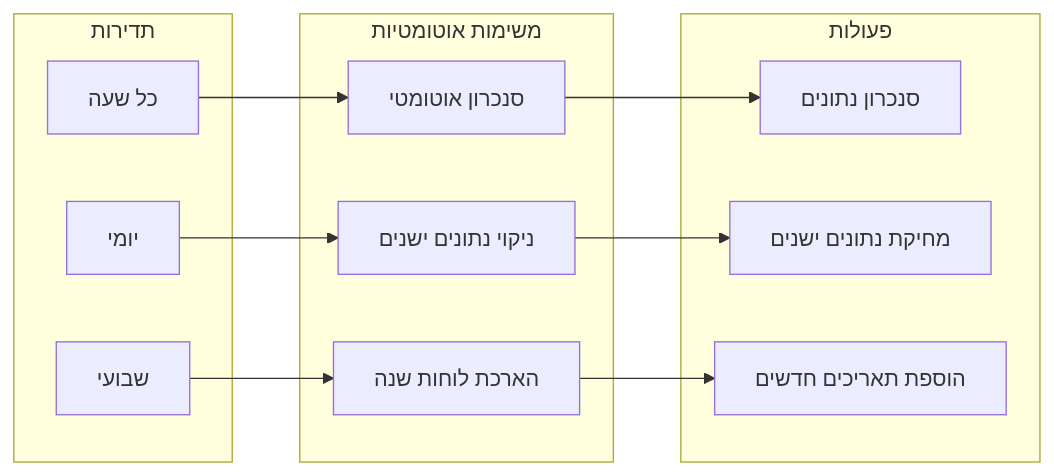
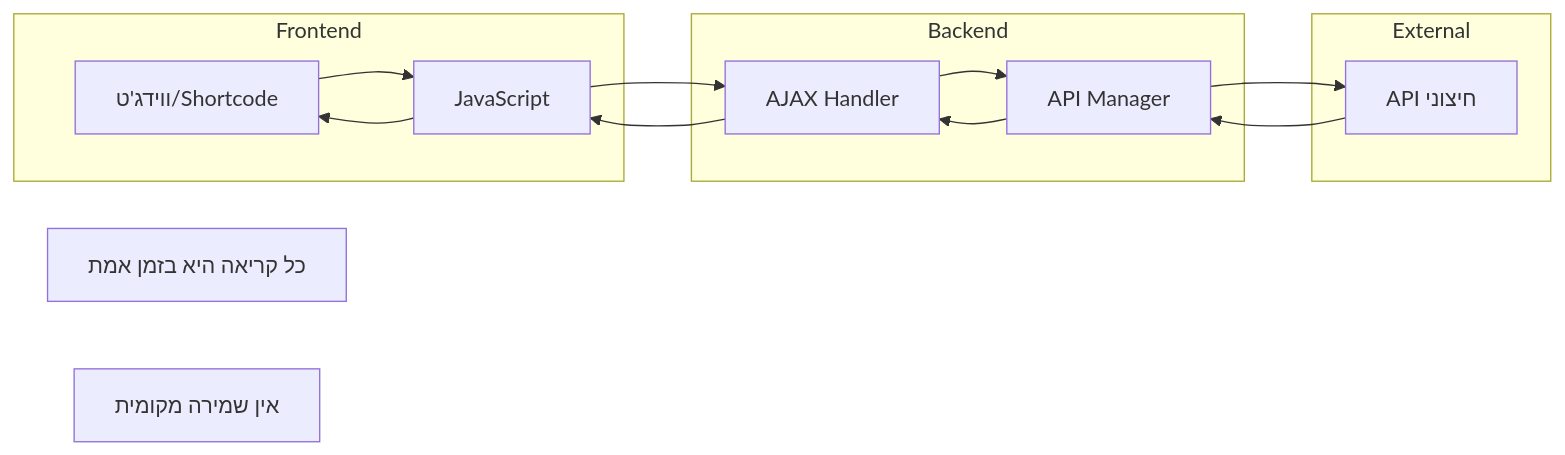
One commit to OrielBenMoshe/clinic-queue-management changed the sixth of 8 diagrams in docs/FLOW_DIAGRAM.md. Above: the diagram before and after it, drawn with Mermaid. The commit also changed other lines of this file and 78 other files, not shown here.

````diff
--- a/docs/FLOW_DIAGRAM.md
+++ b/docs/FLOW_DIAGRAM.md
@@ -229,28 +209,28 @@
 ```mermaid
 graph LR
-    subgraph "משימות אוטומטיות"
-        AUTO_SYNC[סנכרון אוטומטי]
-        CLEANUP[ניקוי נתונים ישנים]
-        EXTEND[הארכת לוחות שנה]
+    subgraph "Frontend"
+        WIDGET[ווידג'ט/Shortcode]
+        JS[JavaScript]
     end
     
-    subgraph "תדירות"
-        HOURLY[כל שעה]
-        DAILY[יומי]
-        WEEKLY[שבועי]
+    subgraph "Backend"
+        AJAX[AJAX Handler]
+        API[API Manager]
     end
     
-    subgraph "פעולות"
-        SYNC_DATA[סנכרון נתונים]
-        DELETE_OLD[מחיקת נתונים ישנים]
-        ADD_DATES[הוספת תאריכים חדשים]
+    subgraph "External"
+        EXT_API[API חיצוני]
     end
     
-    HOURLY --> AUTO_SYNC
-    DAILY --> CLEANUP
-    WEEKLY --> EXTEND
+    WIDGET --> JS
+    JS --> AJAX
+    AJAX --> API
+    API --> EXT_API
+    EXT_API --> API
+    API --> AJAX
+    AJAX --> JS
+    JS --> WIDGET
     
-    AUTO_SYNC --> SYNC_DATA
-    CLEANUP --> DELETE_OLD
-    EXTEND --> ADD_DATES
+    Note1[כל קריאה היא בזמן אמת]
+    Note2[אין שמירה מקומית]
 ```
````
